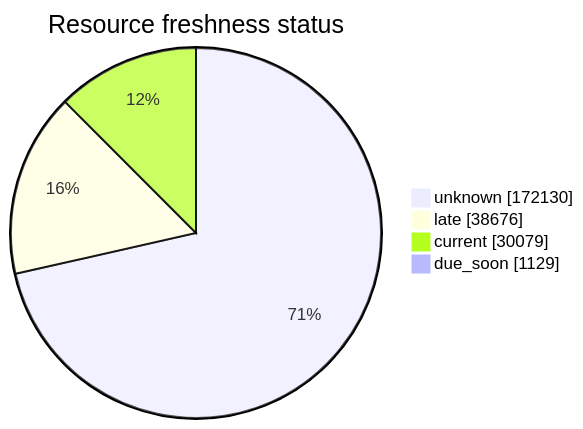
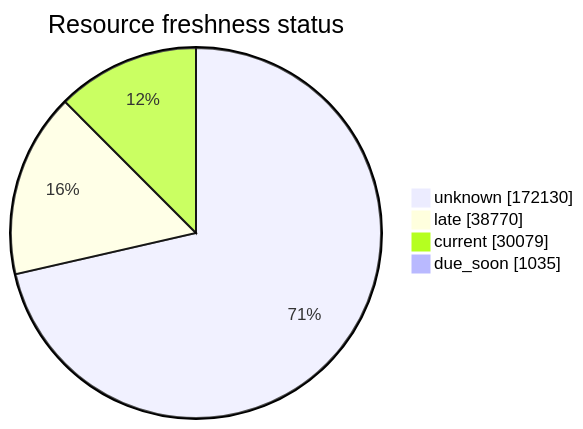
Before and after one commit to open-data/analytics-corporate-reporting: the third of 5 diagrams in FreshCheck/README.md, drawn with Mermaid. The commit also changed other lines of this file and 3 other files, not shown here.

````diff
--- a/FreshCheck/README.md
+++ b/FreshCheck/README.md
@@ -77,7 +77,7 @@
 ```mermaid
 pie showData title Resource freshness status
     "unknown": 172130
-    "late": 38676
+    "late": 38770
     "current": 30079
-    "due_soon": 1129
+    "due_soon": 1035
 ```
````
